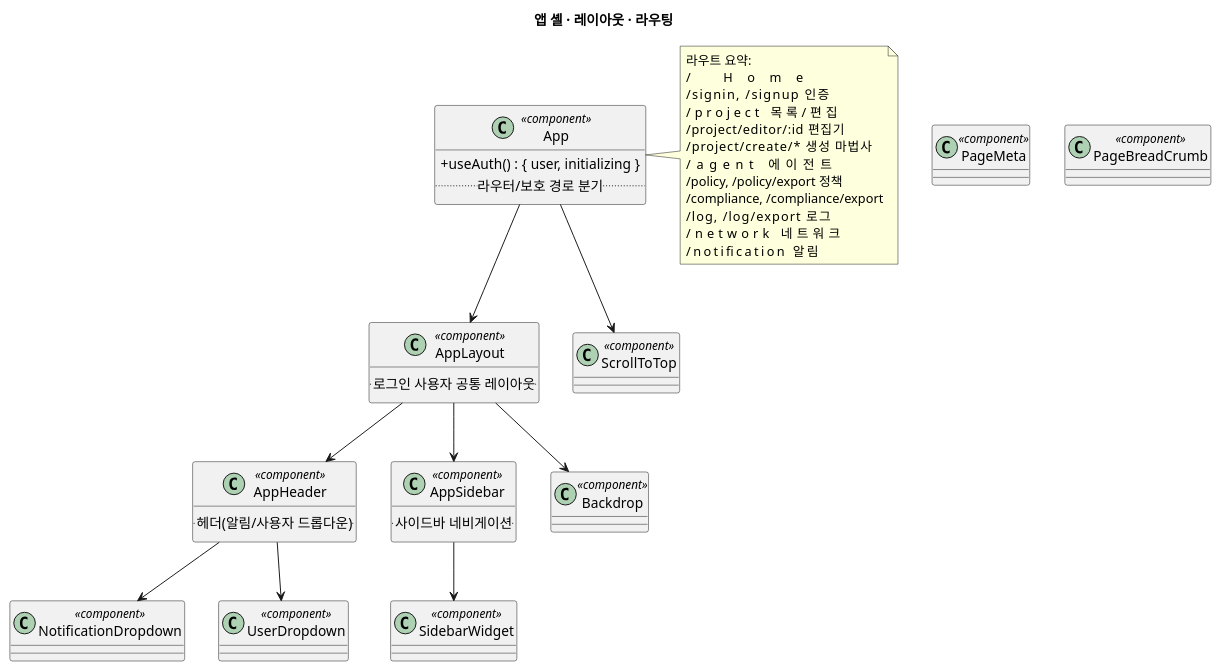
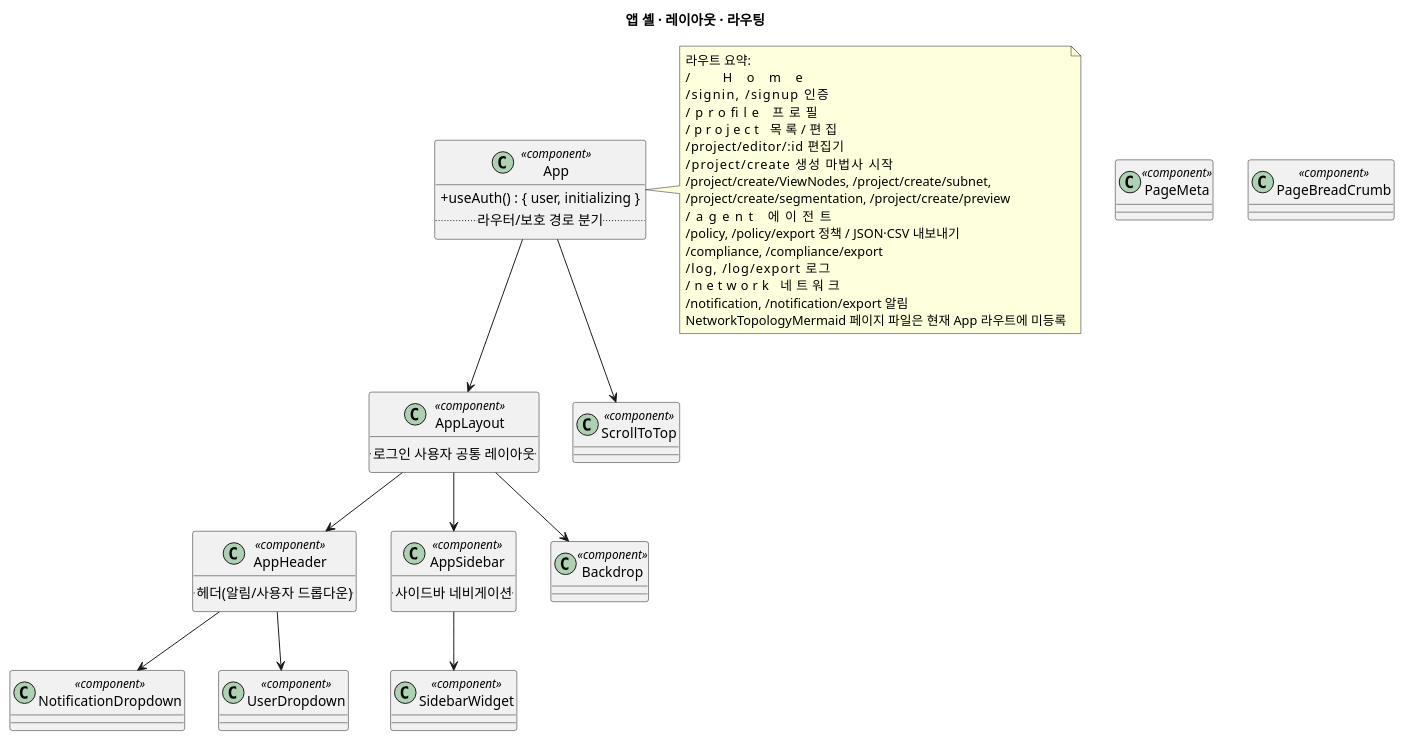
Before and after one commit to wayfarer6/SonarValidator: the second of 8 diagrams in FRONTEND_CLASS_DIAGRAM.md, drawn with PlantUML. The commit also changed other lines of this file and 85 other files, not shown here.

````diff
--- a/FRONTEND_CLASS_DIAGRAM.md
+++ b/FRONTEND_CLASS_DIAGRAM.md
@@ -155,58 +160,62 @@
 ```plantuml
 @startuml Frontend_Shell
 title 앱 셸 · 레이아웃 · 라우팅
 
 skinparam classAttributeIconSize 0
 skinparam shadowing false
 
 class App <<component>> {
   + useAuth() : { user, initializing }
   .. 라우터/보호 경로 분기 ..
 }
 
 class AppLayout <<component>> {
   .. 로그인 사용자 공통 레이아웃 ..
 }
 
 class AppHeader <<component>> {
   .. 헤더(알림/사용자 드롭다운) ..
 }
 
 class AppSidebar <<component>> {
   .. 사이드바 네비게이션 ..
 }
 
 class Backdrop <<component>>
 class SidebarWidget <<component>>
 class ScrollToTop <<component>>
 class PageMeta <<component>>
 class PageBreadCrumb <<component>>
 
 class NotificationDropdown <<component>>
 class UserDropdown <<component>>
 
 App --> AppLayout
 App --> ScrollToTop
 AppLayout --> AppHeader
 AppLayout --> AppSidebar
 AppLayout --> Backdrop
 AppSidebar --> SidebarWidget
 AppHeader --> NotificationDropdown
 AppHeader --> UserDropdown
 
 note right of App
   라우트 요약:
   /                       Home
   /signin, /signup        인증
+  /profile                프로필
   /project                목록/편집
   /project/editor/:id     편집기
-  /project/create/*       생성 마법사
+  /project/create         생성 마법사 시작
+  /project/create/ViewNodes, /project/create/subnet,
+  /project/create/segmentation, /project/create/preview
   /agent                  에이전트
-  /policy, /policy/export 정책
+  /policy, /policy/export 정책 / JSON·CSV 내보내기
   /compliance, /compliance/export
   /log, /log/export       로그
   /network                네트워크
-  /notification           알림
+  /notification, /notification/export 알림
+  NetworkTopologyMermaid 페이지 파일은 현재 App 라우트에 미등록
 end note
 @enduml
 ```
````
